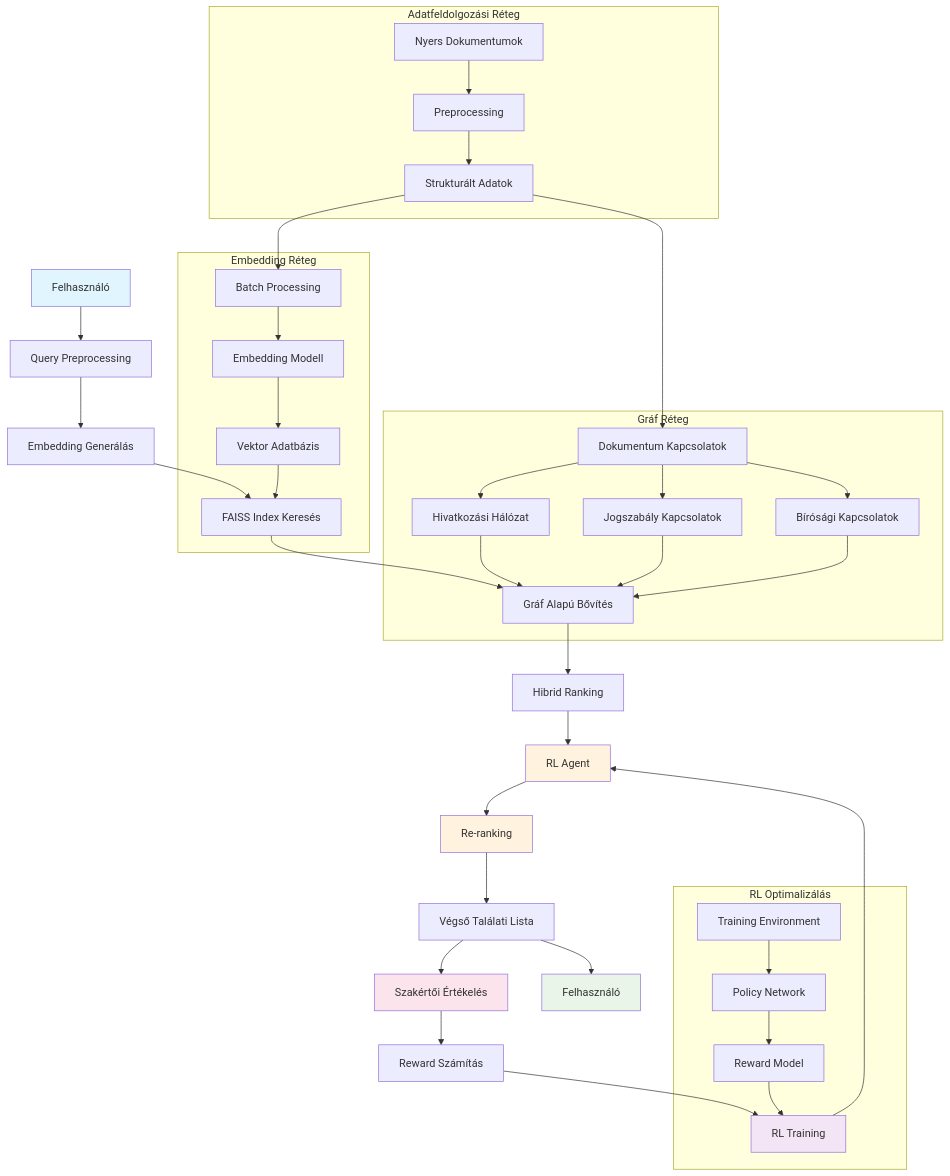
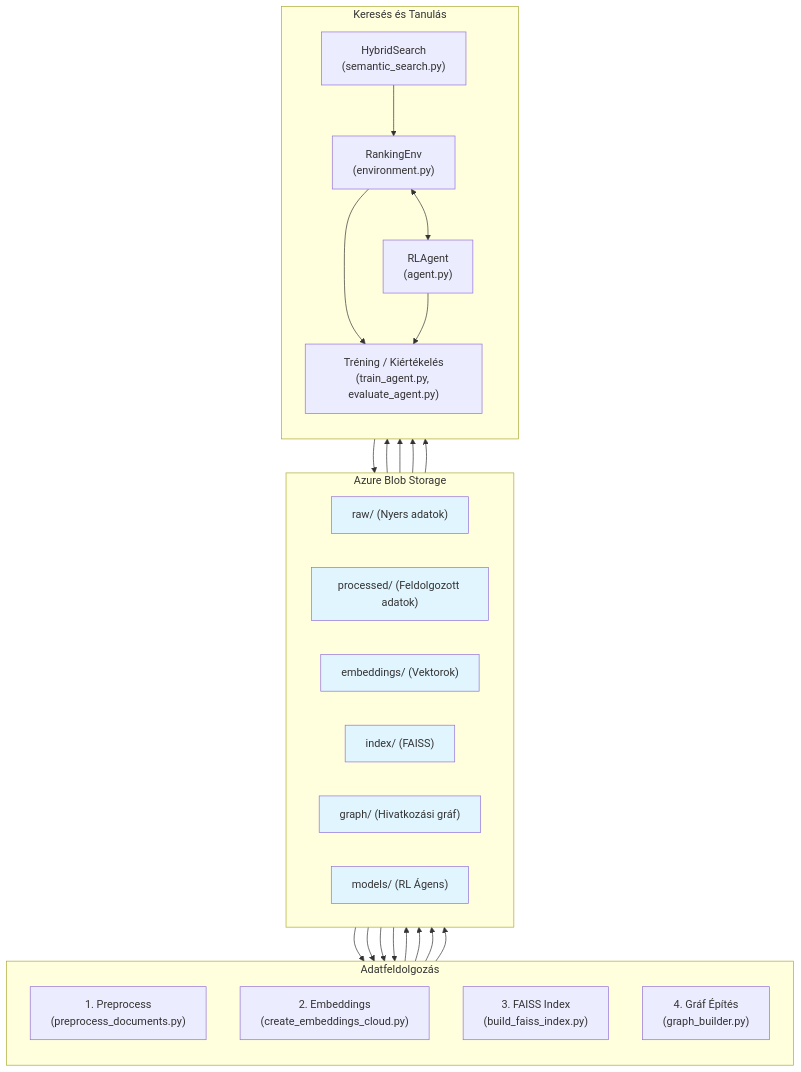
The diagram in README.md (ZeleMate/Szakdolgozat), drawn with Mermaid before and after one commit. The commit also changed other lines of this file and 14 other files, not shown here.

````diff
--- a/README.md
+++ b/README.md
@@ -15,71 +17,47 @@
 ```mermaid
 graph TD
-    A["Felhasználó"] --> B["Query Preprocessing"]
-    
-    B --> C["Embedding Generálás"]
-    
-    C --> D["FAISS Index Keresés"]
-    
-    D --> D1["Gráf Alapú Bővítés"]
-    
-    D1 --> E["Hibrid Ranking"]
-    
-    E --> F["RL Agent"]
-    
-    F --> G["Re-ranking"]
-    
-    G --> H["Végső Találati Lista"]
-    
-    H --> I["Felhasználó"]
-    
-    H --> J["Szakértői Értékelés"]
-    
-    J --> K["Reward Számítás"]
-    
-    K --> L["RL Training"]
-    
-    L --> F
-    
-    subgraph "Adatfeldolgozási Réteg"
-        M["Nyers Dokumentumok"]
-        N["Preprocessing"]
-        O["Strukturált Adatok"]
-        M --> N --> O
+    subgraph "Azure Blob Storage"
+        direction LR
+        A["raw/ (Nyers adatok)"]
+        B["processed/ (Feldolgozott adatok)"]
+        C["embeddings/ (Vektorok)"]
+        D["index/ (FAISS)"]
+        E["graph/ (Hivatkozási gráf)"]
+        F["models/ (RL Ágens)"]
+    end
+
+    subgraph "Adatfeldolgozás"
+        direction TB
+        P1["1. Preprocess<br>(preprocess_documents.py)"]
+        P2["2. Embeddings<br>(create_embeddings_cloud.py)"]
+        P3["3. FAISS Index<br>(build_faiss_index.py)"]
+        P4["4. Gráf Építés<br>(graph_builder.py)"]
+    end
+
+    subgraph "Keresés és Tanulás"
+        direction TB
+        S1["HybridSearch<br>(semantic_search.py)"]
+        S2["RankingEnv<br>(environment.py)"]
+        S3["RLAgent<br>(agent.py)"]
+        S4["Tréning / Kiértékelés<br>(train_agent.py, evaluate_agent.py)"]
     end
     
-    subgraph "Embedding Réteg"
-        P["Batch Processing"]
-        Q["Embedding Modell"]
-        R["Vektor Adatbázis"]
-        O --> P --> Q --> R
-        R --> D
-    end
+    A --> P1 --> B
+    B --> P2 --> C
+    C --> P3 --> D
+    B --> P4 --> E
     
-    subgraph "Gráf Réteg"
-        V["Dokumentum Kapcsolatok"]
-        W["Hivatkozási Hálózat"]
-        X["Jogszabály Kapcsolatok"]
-        Y["Bírósági Kapcsolatok"]
-        O --> V
-        V --> W
-        V --> X
-        V --> Y
-        W --> D1
-        X --> D1
-        Y --> D1
-    end
-    
-    subgraph "RL Optimalizálás"
-        S["Training Environment"]
-        T["Policy Network"]
-        U["Reward Model"]
-        S --> T --> U --> L
-    end
-    
+    D & E & B --> S1
+    S1 --> S2
+    S2 <--> S3
+    S3 --> F
+    F --> S3
+    S2 & S3 --> S4
+
     style A fill:#e1f5fe
-    style I fill:#e8f5e8
-    style F fill:#fff3e0
-    style G fill:#fff3e0
-    style J fill:#fce4ec
-    style L fill:#f3e5f5
+    style B fill:#e1f5fe
+    style C fill:#e1f5fe
+    style D fill:#e1f5fe
+    style E fill:#e1f5fe
+    style F fill:#e1f5fe
 ```
````
